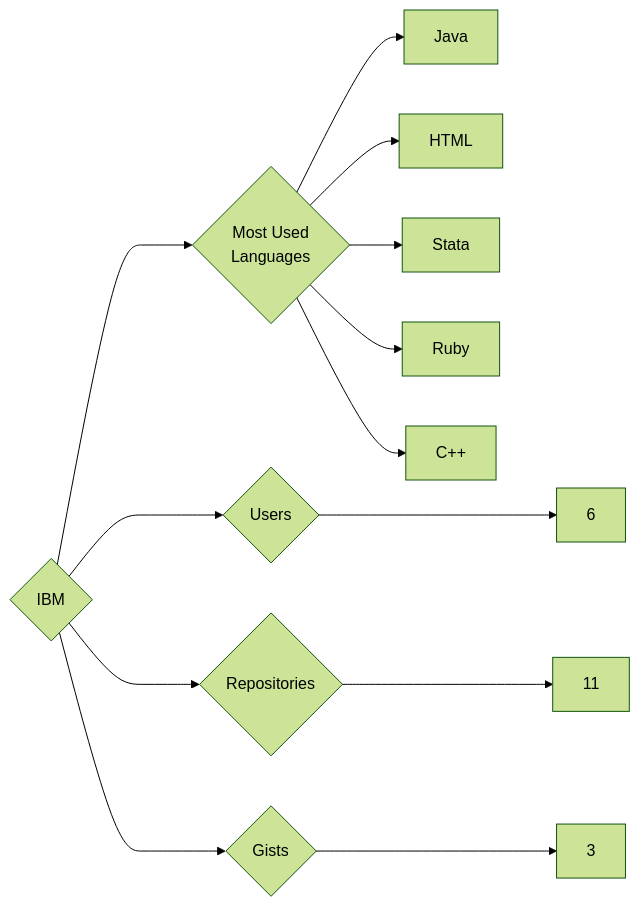
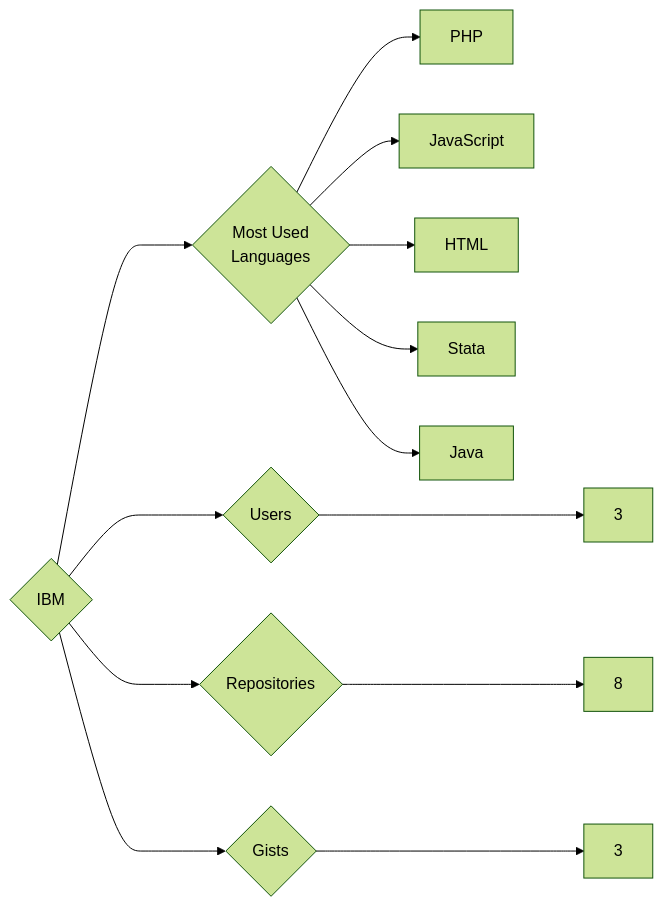
Before and after one commit to trickest/insiders: the diagram in targets/IBM/README.md, drawn with Mermaid (forest theme). The commit also changed 1088 other files, not shown here.

````diff
--- a/targets/IBM/README.md
+++ b/targets/IBM/README.md
@@ -3,13 +3,13 @@
 ```mermaid
 graph LR
 COMPANY_NAME{IBM}
-COMPANY_NAME ---> U{Users} ---> UN[6]
-COMPANY_NAME ---> R{Repositories} ---> RN[11]
+COMPANY_NAME ---> U{Users} ---> UN[3]
+COMPANY_NAME ---> R{Repositories} ---> RN[8]
 COMPANY_NAME ---> G{Gists} ---> GN[3]
 COMPANY_NAME ---> ML{Most Used<br>Languages}
-ML --> Java[Java]
+ML --> PHP[PHP]
+ML --> JavaScript[JavaScript]
 ML --> HTML[HTML]
 ML --> Stata[Stata]
-ML --> Ruby[Ruby]
-ML --> C++[C++]
+ML --> Java[Java]
 ```
````
